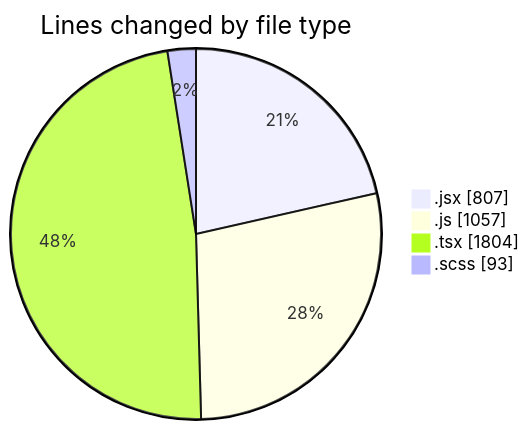
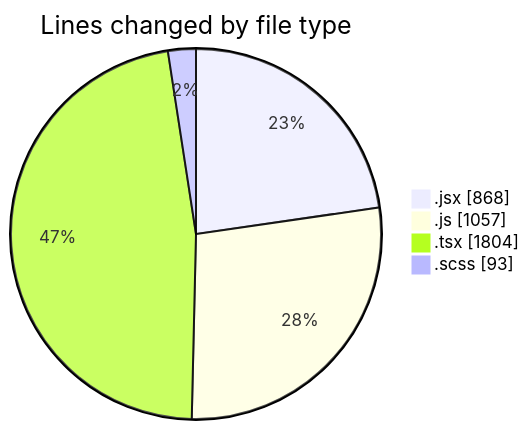
One commit to momahboobian/code-tracking changed the first of 2 diagrams in 2026-02-12/cda/README.md. Above: the diagram before and after it, drawn with Mermaid. The commit also changed other lines of this file and 1 other file, not shown here.

````diff
--- a/2026-02-12/cda/README.md
+++ b/2026-02-12/cda/README.md
@@ -32,8 +33,8 @@
 ```mermaid
 pie showData
 title Lines changed by file type
-".jsx" : 807
+".jsx" : 868
 ".js" : 1057
 ".tsx" : 1804
 ".scss" : 93
 ```
````
